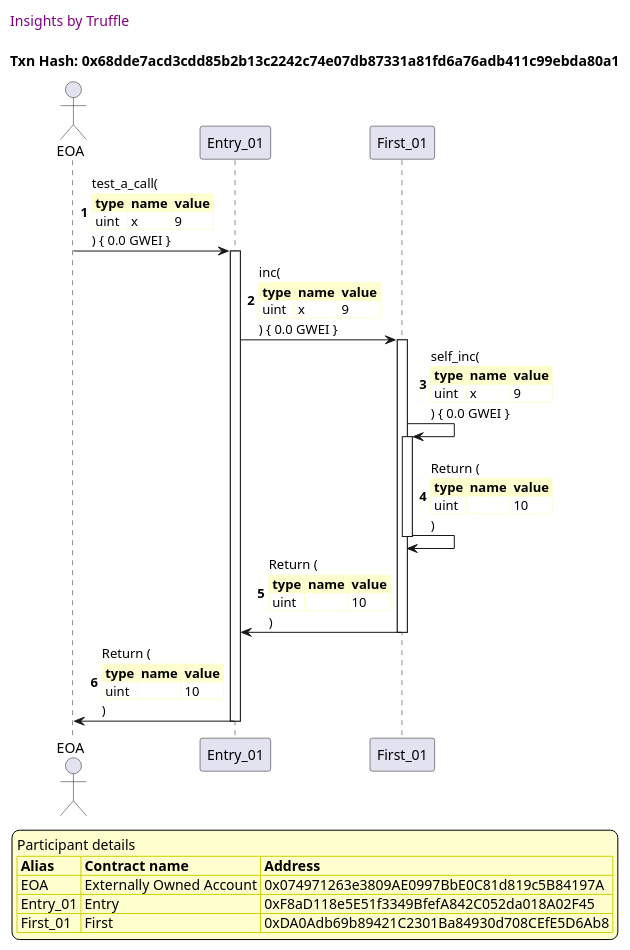
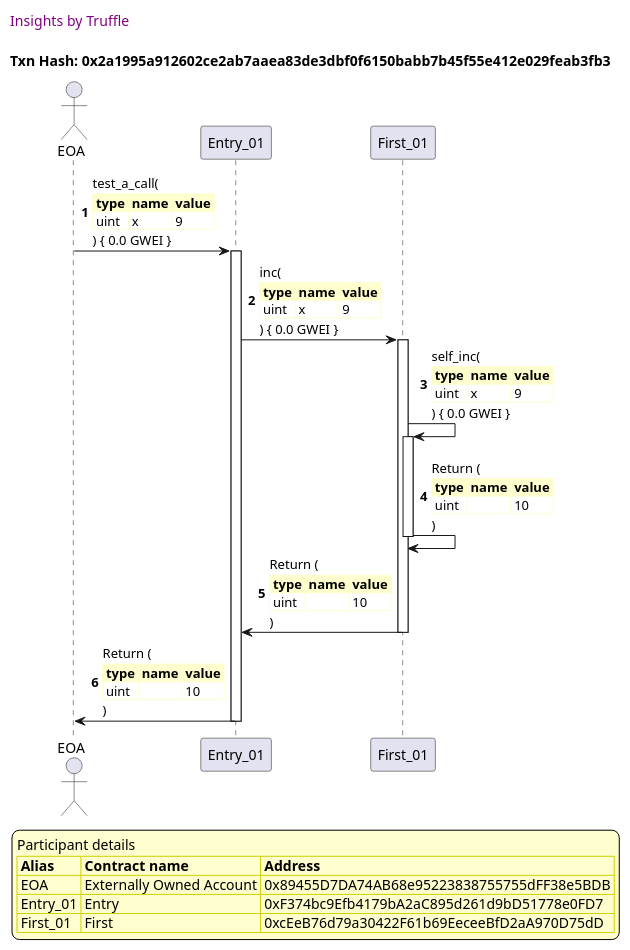
Before and after one commit to trufflesuite/txlog-seedlings: the fourth of 8 diagrams in truffle-seq/basics.md, drawn with PlantUML. The commit also changed other lines of this file and 8 other files, not shown here.

````diff
--- a/truffle-seq/basics.md
+++ b/truffle-seq/basics.md
@@ -153,61 +153,61 @@
 ```plantuml
 
 
 @startuml
 
 autonumber
 skinparam legendBackgroundColor #FEFECE
 
 <style>
       header {
         HorizontalAlignment left
         FontColor purple
         FontSize 14
         Padding 10
       }
     </style>
 
 header Insights by Truffle
 
-title Txn Hash: 0x68dde7acd3cdd85b2b13c2242c74e07db87331a81fd6a76adb411c99ebda80a1
+title Txn Hash: 0x2a1995a912602ce2ab7aaea83de3dbf0f6150babb7b45f55e412e029feab3fb3
 
 
 actor EOA as "EOA"
 participant Entry_01 as "Entry_01"
 participant First_01 as "First_01"
 
 "EOA" -> "Entry_01" ++: test_a_call(\n\
 <#FEFECE,#FEFECE>|= type |= name |= value |\n\
 | uint | x | 9 |\n\
 ) { 0.0 GWEI }
 "Entry_01" -> "First_01" ++: inc(\n\
 <#FEFECE,#FEFECE>|= type |= name |= value |\n\
 | uint | x | 9 |\n\
 ) { 0.0 GWEI }
 "First_01" -> "First_01" ++: self_inc(\n\
 <#FEFECE,#FEFECE>|= type |= name |= value |\n\
 | uint | x | 9 |\n\
 ) { 0.0 GWEI }
 "First_01" -> "First_01" --: Return (\n\
 <#FEFECE,#FEFECE>|= type |= name |= value |\n\
 | uint |  | 10 |\n\
 )
 "First_01" -> "Entry_01" --: Return (\n\
 <#FEFECE,#FEFECE>|= type |= name |= value |\n\
 | uint |  | 10 |\n\
 )
 "Entry_01" -> "EOA" --: Return (\n\
 <#FEFECE,#FEFECE>|= type |= name |= value |\n\
 | uint |  | 10 |\n\
 )
 
 legend
 Participant details
 <#FEFECE,#D0D000>|= Alias |= Contract name |= Address |
-<#FEFECE>| EOA | Externally Owned Account | 0x074971263e3809AE0997BbE0C81d819c5B84197A |
-<#FEFECE>| Entry_01 | Entry | 0xF8aD118e5E51f3349BfefA842C052da018A02F45 |
-<#FEFECE>| First_01 | First | 0xDA0Adb69b89421C2301Ba84930d708CEfE5D6Ab8 |
+<#FEFECE>| EOA | Externally Owned Account | 0x89455D7DA74AB68e95223838755755dFF38e5BDB |
+<#FEFECE>| Entry_01 | Entry | 0xF374bc9Efb4179bA2aC895d261d9bD51778e0FD7 |
+<#FEFECE>| First_01 | First | 0xcEeB76d79a30422F61b69EeceeBfD2aA970D75dD |
 endlegend
 
 @enduml
 ```
````
